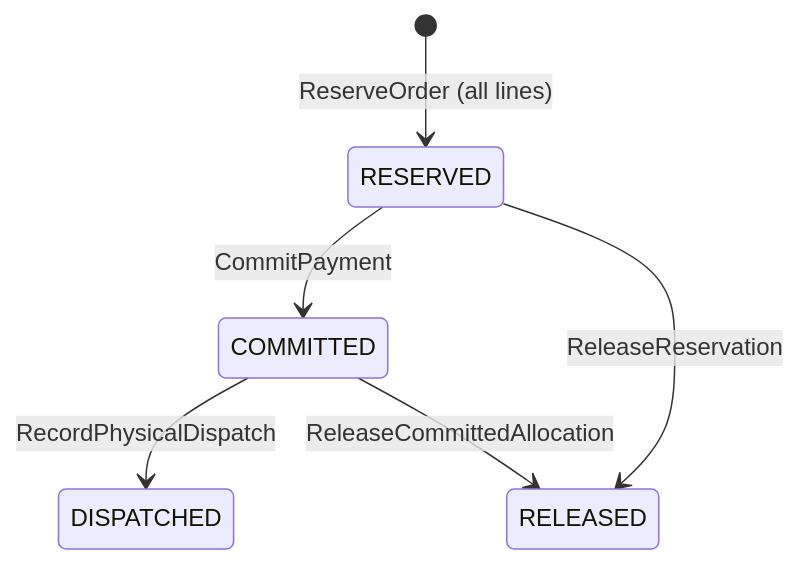
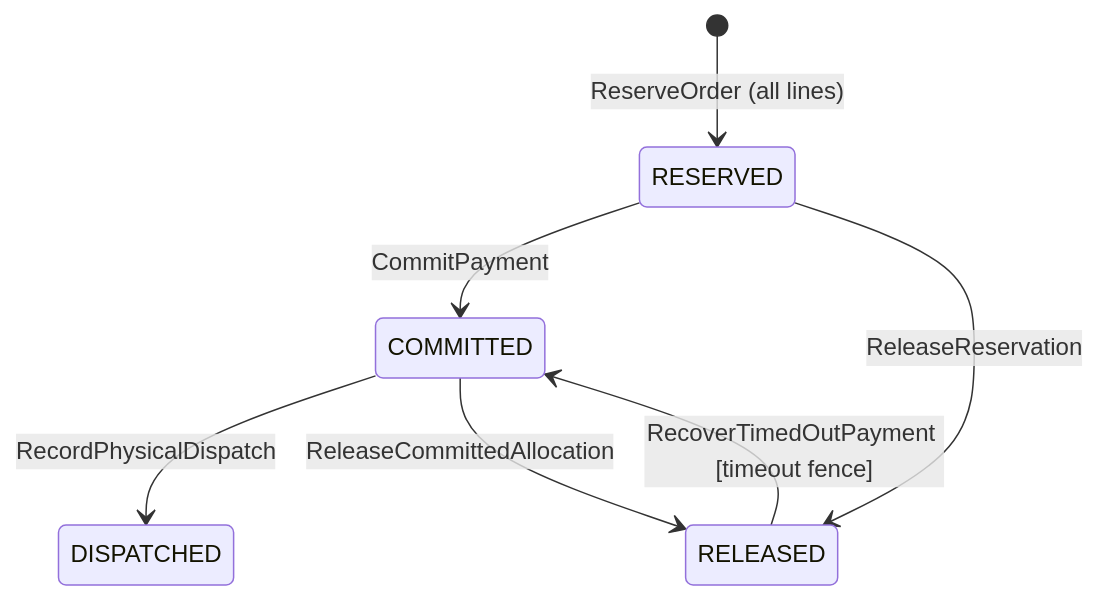
One commit to quangdung2110/e-commerce-microservices changed the first of 2 diagrams in docs/inventory/domain.md. Above: the diagram before and after it, drawn with Mermaid. The commit also changed other lines of this file and 11 other files, not shown here.

````diff
--- a/docs/inventory/domain.md
+++ b/docs/inventory/domain.md
@@ -64,8 +64,9 @@
 ```mermaid
 stateDiagram-v2
   [*] --> RESERVED: ReserveOrder (all lines)
   RESERVED --> COMMITTED: CommitPayment
   RESERVED --> RELEASED: ReleaseReservation
+  RELEASED --> COMMITTED: RecoverTimedOutPayment [timeout fence]
   COMMITTED --> DISPATCHED: RecordPhysicalDispatch
   COMMITTED --> RELEASED: ReleaseCommittedAllocation
 ```
````
